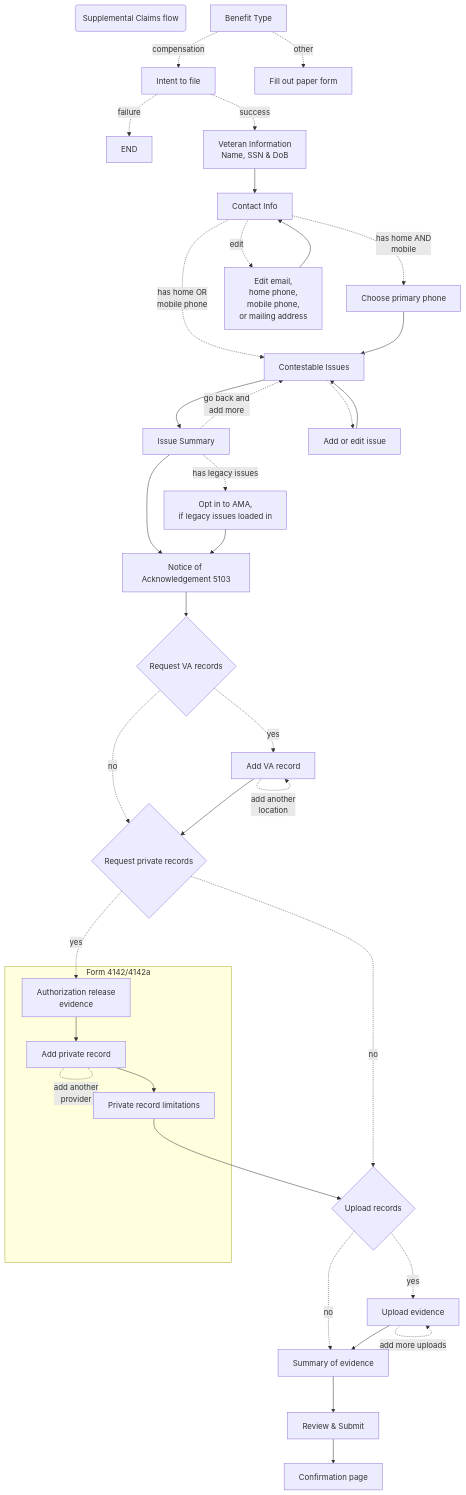
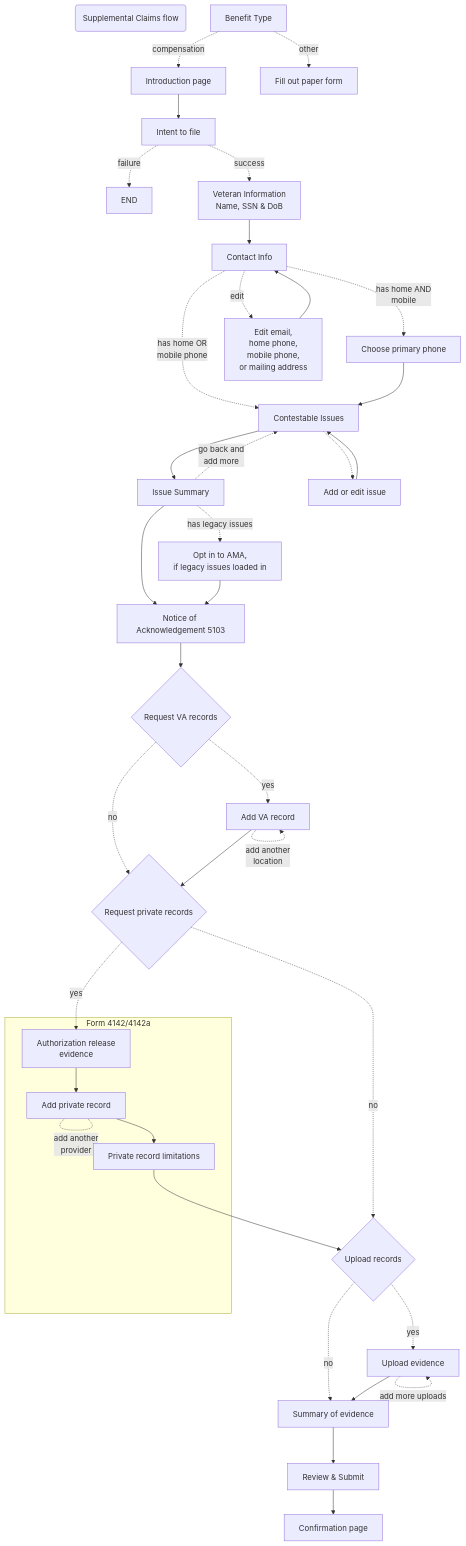
The diagram in products/decision-reviews/Supplemental-Claims/design/supplemental-claims-flow.md (department-of-veterans-affairs/va.gov-team), drawn with Mermaid before and after one commit.

Commit message:
Update supplemental-claims-flow.md
Add intro page

```diff
--- a/products/decision-reviews/Supplemental-Claims/design/supplemental-claims-flow.md
+++ b/products/decision-reviews/Supplemental-Claims/design/supplemental-claims-flow.md
@@ -10,8 +10,10 @@
     %% Subtask (/start page)
     %% =============================
 
-    BenefitType[Benefit Type] -. compensation .-> ITF
+    BenefitType[Benefit Type] -. compensation .-> Intro
     BenefitType -. other .-> PDF[Fill out paper form]
+
+    Intro[Introduction page] --> ITF
 
     ITF[Intent to file] -. failure .-> END
     ITF -. success .-> VetInfo
```
